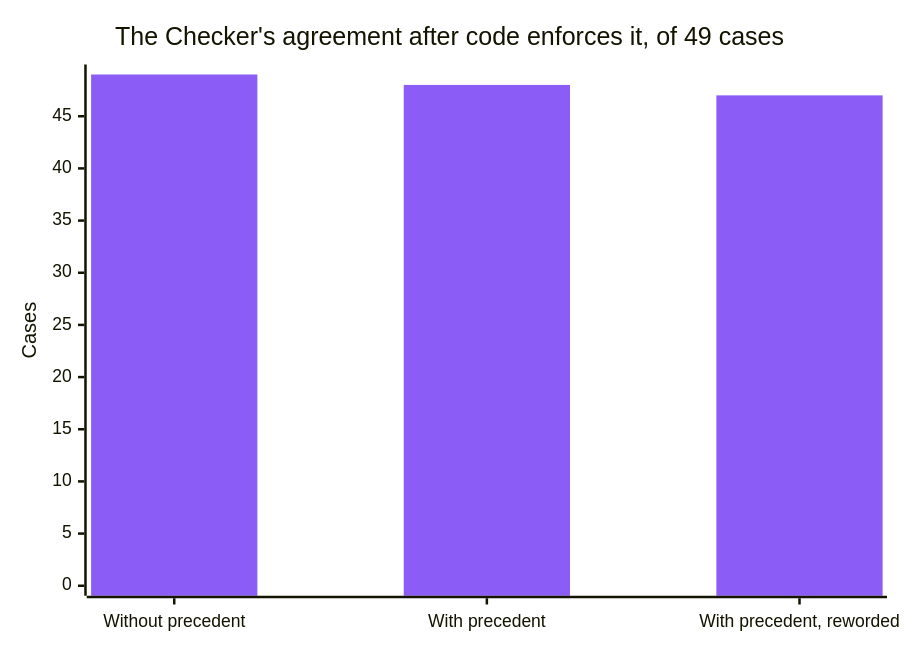
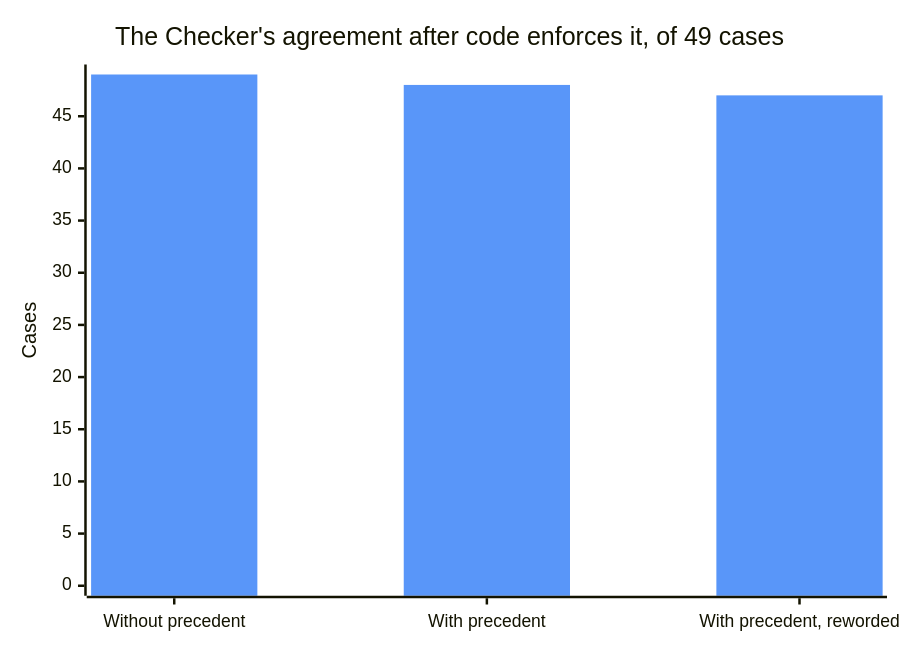
Before and after one commit to agamemnon-coder/x402-business-agents: the second of 2 diagrams in docs/learning.md, drawn with Mermaid. The commit also changed other lines of this file and 184 other files, not shown here.

````diff
--- a/docs/learning.md
+++ b/docs/learning.md
@@ -73,8 +73,8 @@
 ```mermaid
-%%{init: {"themeVariables": {"xyChart": {"plotColorPalette": "#8b5cf6"}}}}%%
+%%{init: {"themeVariables": {"xyChart": {"plotColorPalette": "#5996f9"}}}}%%
 xychart-beta
   title "The Checker's agreement after code enforces it, of 49 cases"
   x-axis ["Without precedent", "With precedent", "With precedent, reworded"]
   y-axis "Cases" 0 --> 49
   bar [49, 48, 47]
 ```
````
